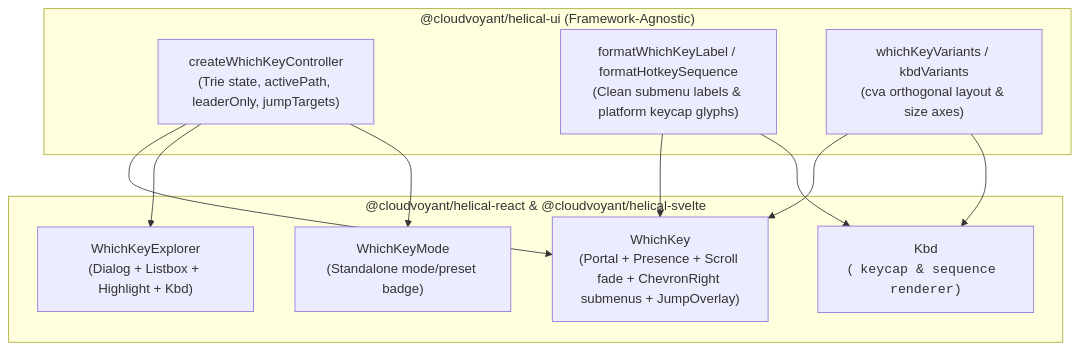
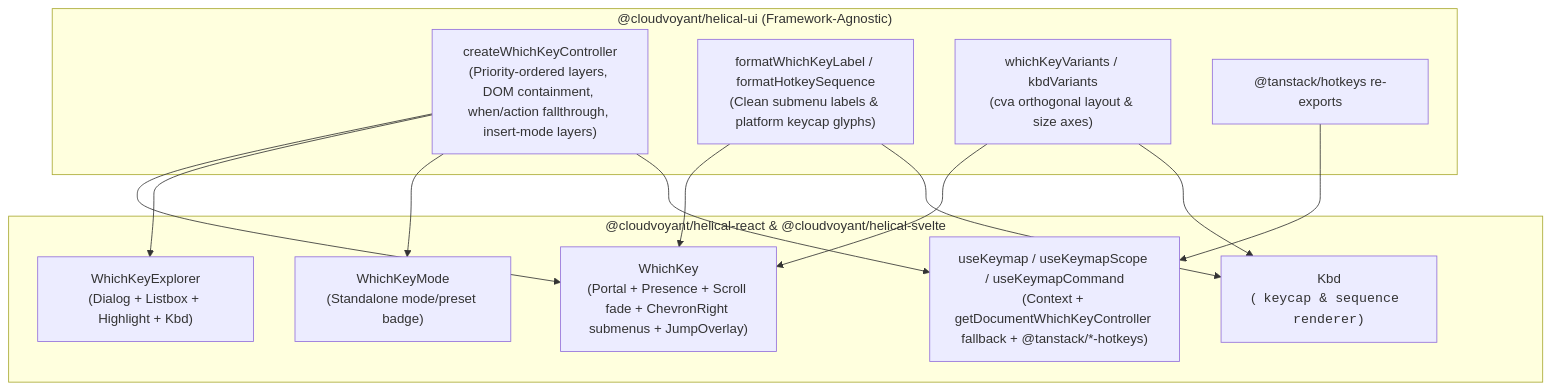
One commit to cloudvoyant/helical-ui changed the first of 2 diagrams in docs/architecture/components/which-key.md. Above: the diagram before and after it, drawn with Mermaid. The commit also changed other lines of this file and 2 other files, not shown here.

Commit message:
docs(which-key): document scoped priority keymaps and fallthrough

````diff
--- a/docs/architecture/components/which-key.md
+++ b/docs/architecture/components/which-key.md
@@ -40,23 +40,27 @@
 ```mermaid
 flowchart TD
   subgraph Core["@cloudvoyant/helical-ui (Framework-Agnostic)"]
-    Ctrl["createWhichKeyController\n(Trie state, activePath, leaderOnly, jumpTargets)"]
+    Ctrl["createWhichKeyController\n(Priority-ordered layers, DOM containment, when/action fallthrough, insert-mode layers)"]
     Fmt["formatWhichKeyLabel / formatHotkeySequence\n(Clean submenu labels & platform keycap glyphs)"]
     Variants["whichKeyVariants / kbdVariants\n(cva orthogonal layout & size axes)"]
+    Hotkeys["@tanstack/hotkeys re-exports"]
   end
 
   subgraph UI["@cloudvoyant/helical-react & @cloudvoyant/helical-svelte"]
     WK["WhichKey\n(Portal + Presence + Scroll fade + ChevronRight submenus + JumpOverlay)"]
     Exp["WhichKeyExplorer\n(Dialog + Listbox + Highlight + Kbd)"]
     Mode["WhichKeyMode\n(Standalone mode/preset badge)"]
     KbdComp["Kbd\n(<kbd> keycap & sequence renderer)"]
+    Hooks["useKeymap / useKeymapScope / useKeymapCommand\n(Context + getDocumentWhichKeyController fallback + @tanstack/*-hotkeys)"]
   end
 
   Ctrl --> WK
   Ctrl --> Exp
   Ctrl --> Mode
+  Ctrl --> Hooks
   Fmt --> WK
   Fmt --> KbdComp
   Variants --> WK
   Variants --> KbdComp
+  Hotkeys --> Hooks
 ```
````
